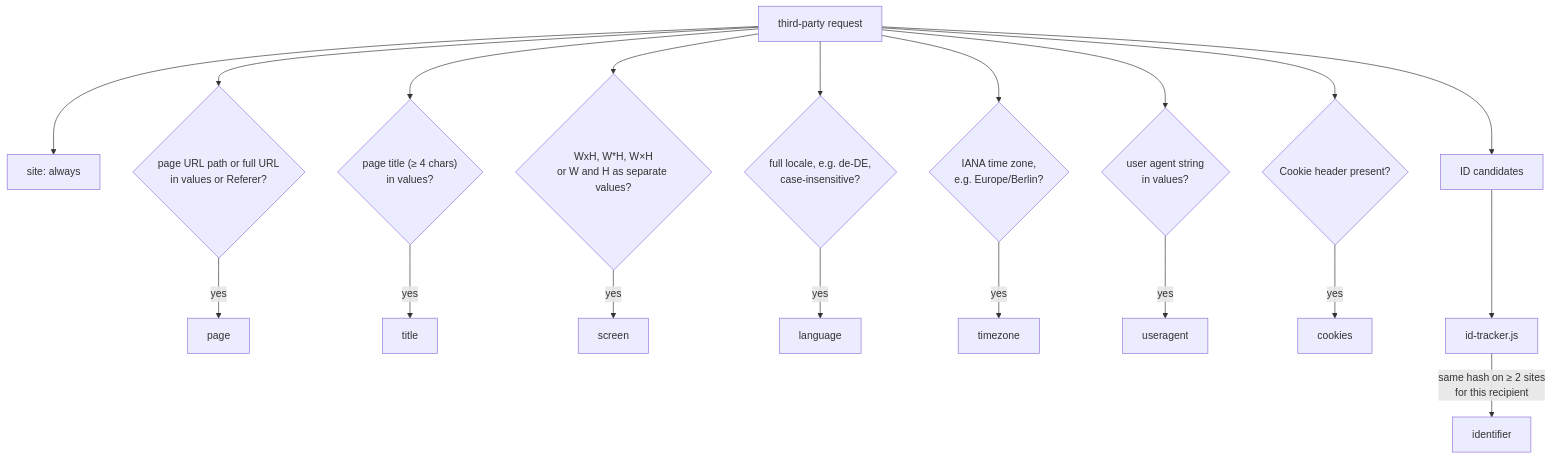
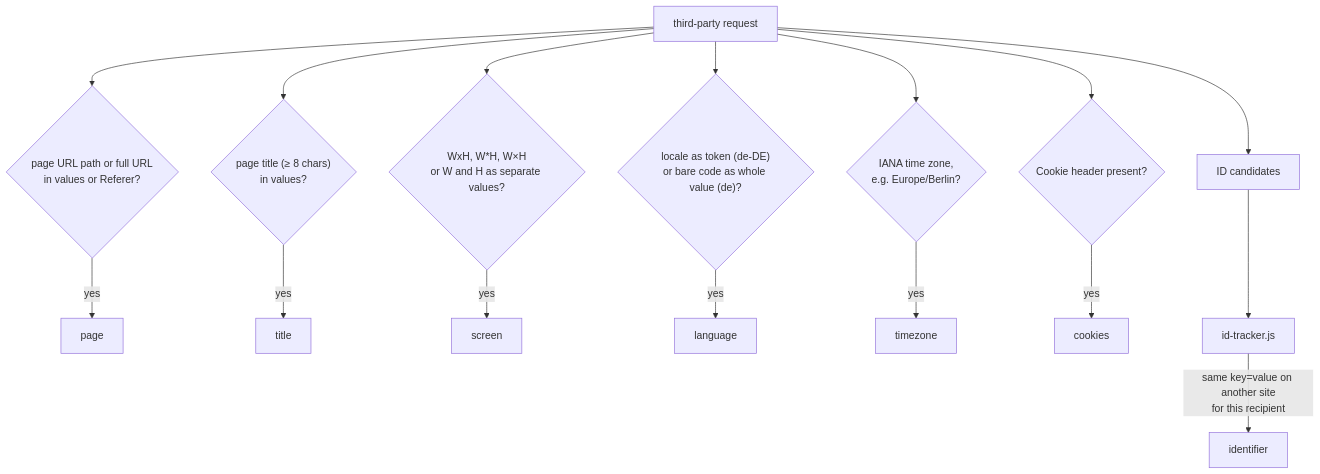
One commit to KarnesTH/kd-onlooker changed the diagram in docs/detection.md. Above: the diagram before and after it, drawn with Mermaid. The commit also changed other lines of this file and 53 other files, not shown here.

````diff
--- a/docs/detection.md
+++ b/docs/detection.md
@@ -15,20 +19,17 @@
 ```mermaid
 flowchart TD
-    R["third-party request"] --> S["site: always"]
-    R --> P{"page URL path or full URL<br/>in values or Referer?"}
+    R["third-party request"] --> P{"page URL path or full URL<br/>in values or Referer?"}
     P -- yes --> FP["page"]
-    R --> T{"page title (≥ 4 chars)<br/>in values?"}
+    R --> T{"page title (≥ 8 chars)<br/>in values?"}
     T -- yes --> FT["title"]
     R --> SC{"WxH, W*H, W×H<br/>or W and H as separate values?"}
     SC -- yes --> FS["screen"]
-    R --> L{"full locale, e.g. de-DE,<br/>case-insensitive?"}
+    R --> L{"locale as token (de-DE)<br/>or bare code as whole value (de)?"}
     L -- yes --> FL["language"]
     R --> Z{"IANA time zone,<br/>e.g. Europe/Berlin?"}
     Z -- yes --> FZ["timezone"]
-    R --> U{"user agent string<br/>in values?"}
-    U -- yes --> FU["useragent"]
     R --> C{"Cookie header present?"}
     C -- yes --> FC["cookies"]
     R --> I["ID candidates"] --> IT["id-tracker.js"]
-    IT -- "same hash on ≥ 2 sites<br/>for this recipient" --> FI["identifier"]
+    IT -- "same key=value on another site<br/>for this recipient" --> FI["identifier"]
 ```
````
